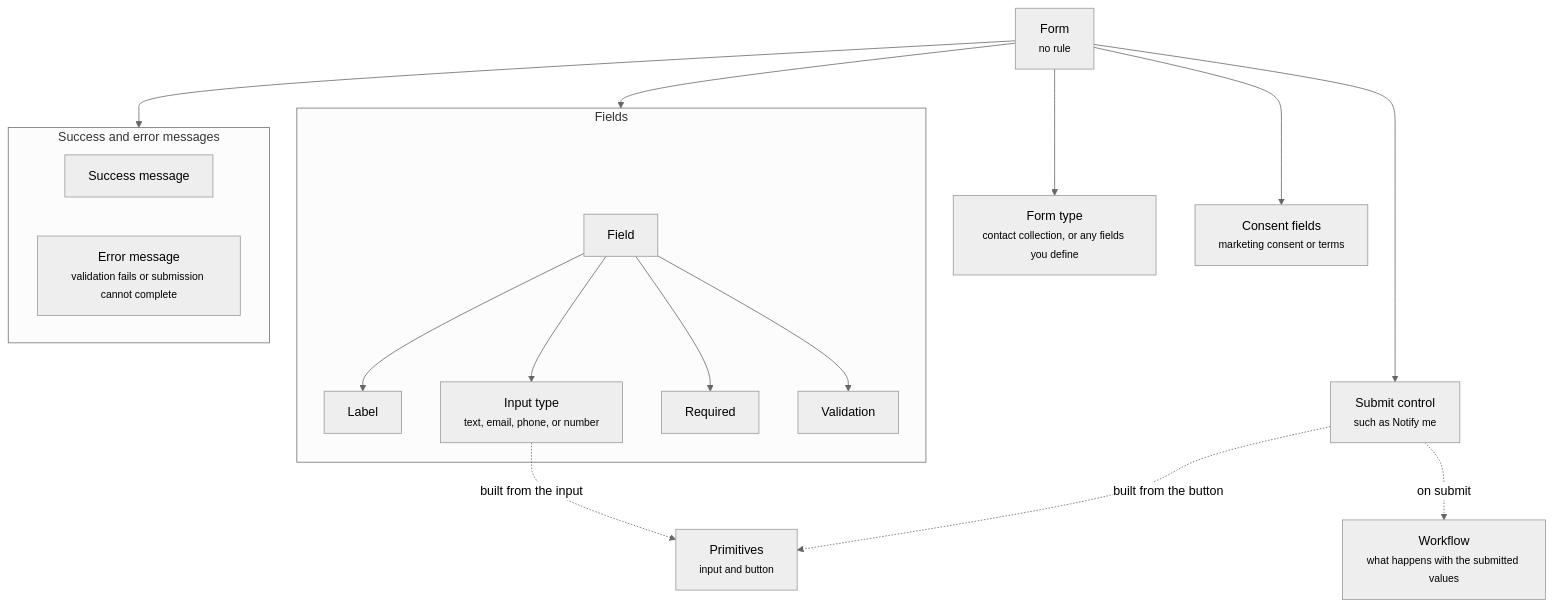
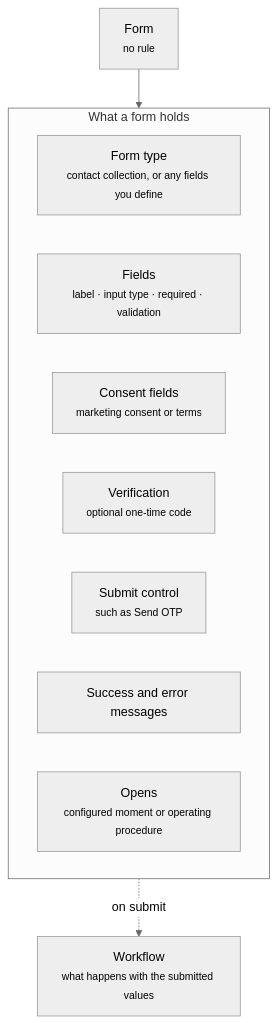
The diagram in components/interactive/form.mdx (crossword-ai/docs), drawn with Mermaid (neutral theme) before and after one commit. The commit also changed other lines of this file and 89 other files, not shown here.

````diff
--- a/components/interactive/form.mdx
+++ b/components/interactive/form.mdx
@@ -12,25 +16,15 @@
 ```mermaid
 flowchart TB
   FM["Form<br/><small>no rule</small>"]
-  FM --> TYPE["Form type<br/><small>contact collection, or any fields you define</small>"]
-  FM --> FIELDS
-  FM --> CONSENT["Consent fields<br/><small>marketing consent or terms</small>"]
-  FM --> SUBMIT["Submit control<br/><small>such as Notify me</small>"]
-  FM --> MSG
-  subgraph FIELDS["Fields"]
-    F["Field"]
-    F --> LB["Label"]
-    F --> IT["Input type<br/><small>text, email, phone, or number</small>"]
-    F --> RQ["Required"]
-    F --> VA["Validation"]
+  FM --> PARTS
+  subgraph PARTS["What a form holds"]
+    TYPE["Form type<br/><small>contact collection, or any fields you define</small>"]
+    FIELDS["Fields<br/><small>label · input type · required · validation</small>"]
+    CONSENT["Consent fields<br/><small>marketing consent or terms</small>"]
+    VER["Verification<br/><small>optional one-time code</small>"]
+    SUBMIT["Submit control<br/><small>such as Send OTP</small>"]
+    MSG["Success and error messages"]
+    OP["Opens<br/><small>configured moment or operating procedure</small>"]
   end
-  subgraph MSG["Success and error messages"]
-    OK["Success message"]
-    ERR["Error message<br/><small>validation fails or submission cannot complete</small>"]
-  end
-  PRIM["Primitives<br/><small>input and button</small>"]
-  IT -. "built from the input" .-> PRIM
-  SUBMIT -. "built from the button" .-> PRIM
-  WF["Workflow<br/><small>what happens with the submitted values</small>"]
-  SUBMIT -. "on submit" .-> WF
+  PARTS -. "on submit" .-> WF["Workflow<br/><small>what happens with the submitted values</small>"]
 ```
````
